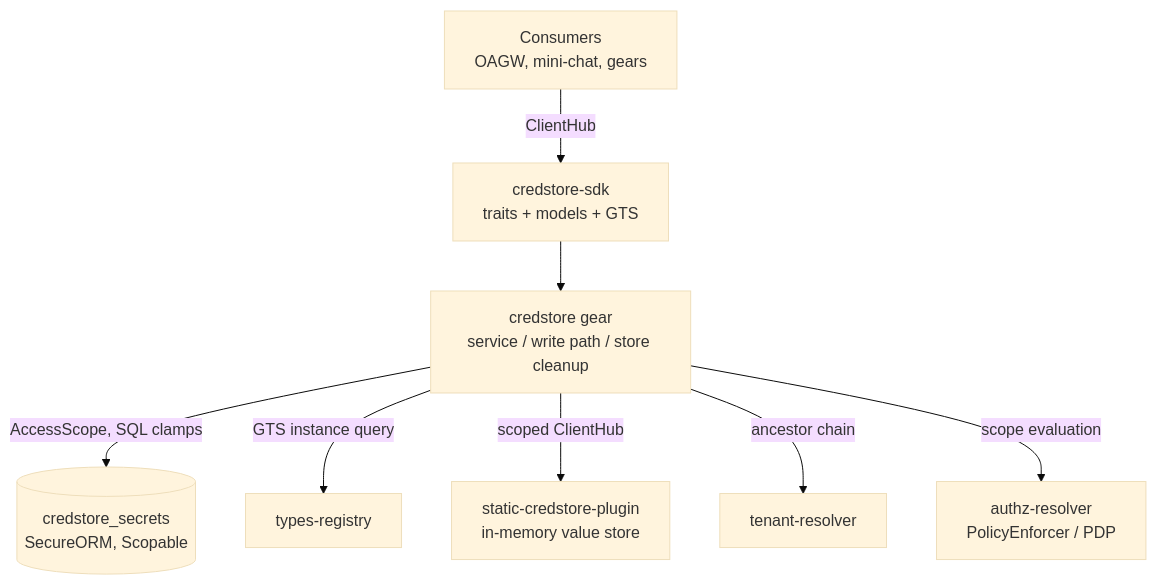
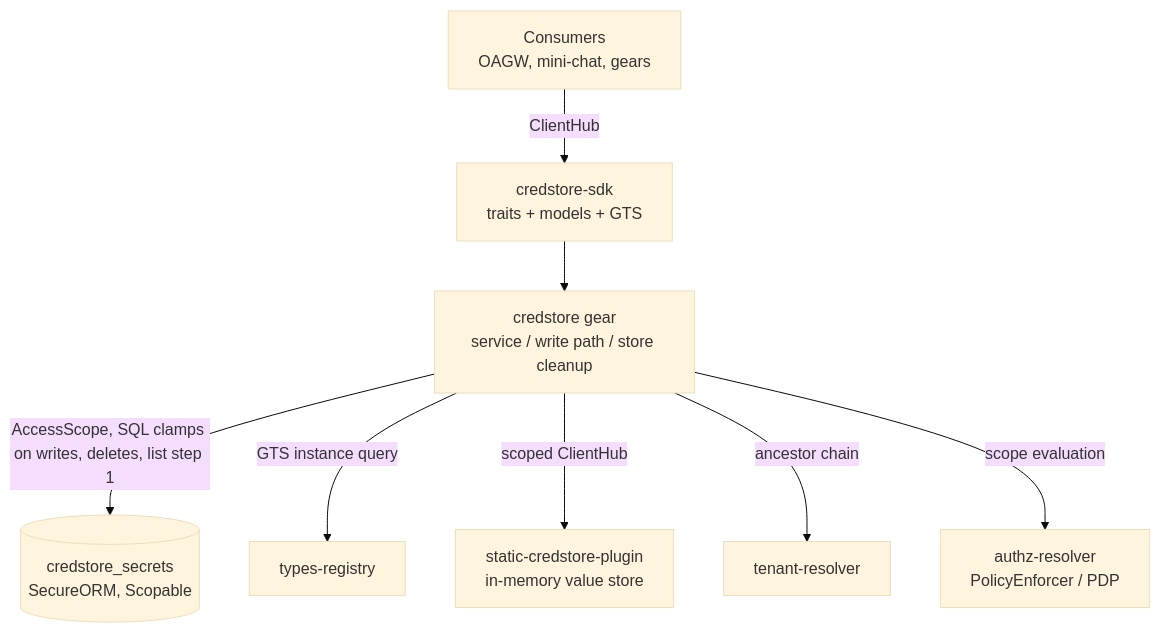
One commit to AndIConstructor/gears-rust changed the first of 5 diagrams in gears/credstore/docs/DESIGN.md. Above: the diagram before and after it, drawn with Mermaid (base theme). The commit also changed other lines of this file and 8 other files, not shown here.

````diff
--- a/gears/credstore/docs/DESIGN.md
+++ b/gears/credstore/docs/DESIGN.md
@@ -304,19 +304,19 @@
 ```mermaid
 graph TB
     Consumer[Consumers<br/>OAGW, mini-chat, gears]
     SDK[credstore-sdk<br/>traits + models + GTS]
     GW[credstore gear<br/>service / write path / store cleanup]
     REPO[(credstore_secrets<br/>SecureORM, Scopable)]
     SP[static-credstore-plugin<br/>in-memory value store]
     PDP[authz-resolver<br/>PolicyEnforcer / PDP]
     TR[tenant-resolver]
     TReg[types-registry]
 
     Consumer -->|ClientHub| SDK
     SDK --> GW
-    GW -->|AccessScope, SQL clamps| REPO
+    GW -->|AccessScope, SQL clamps on writes, deletes, list step 1| REPO
     GW -->|GTS instance query| TReg
     GW -->|scoped ClientHub| SP
     GW -->|ancestor chain| TR
     GW -->|scope evaluation| PDP
 ```
````
